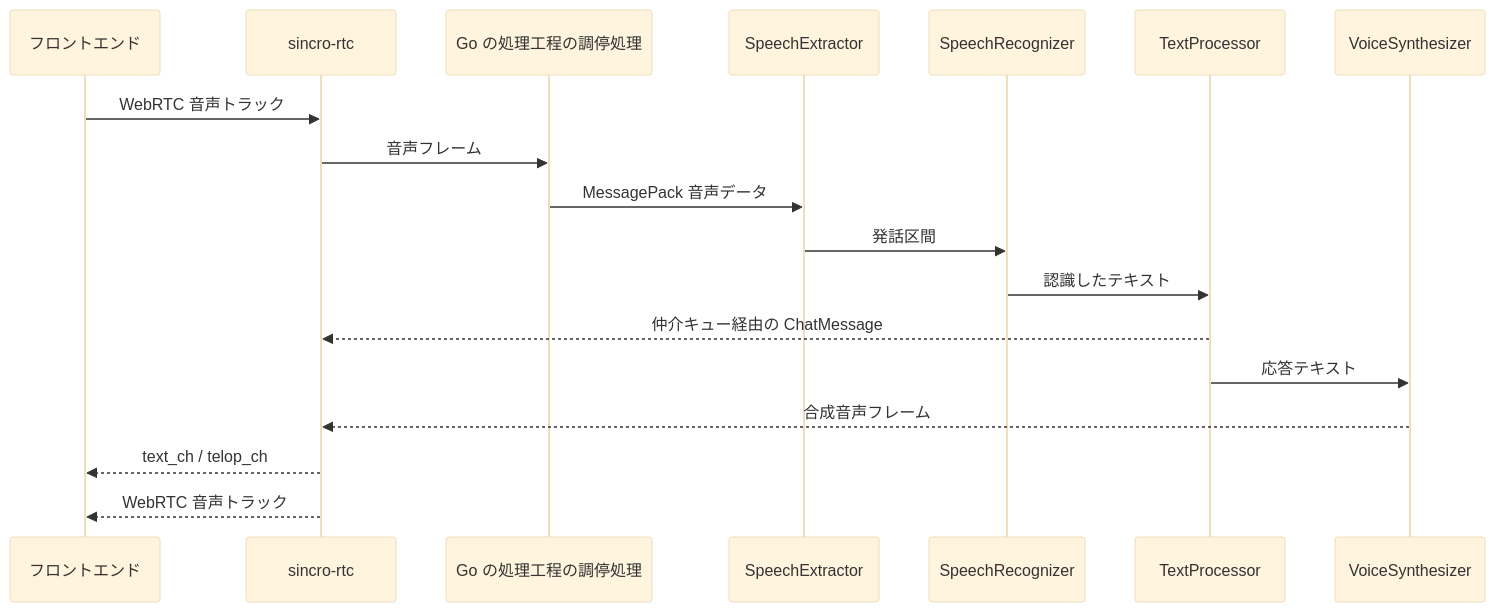
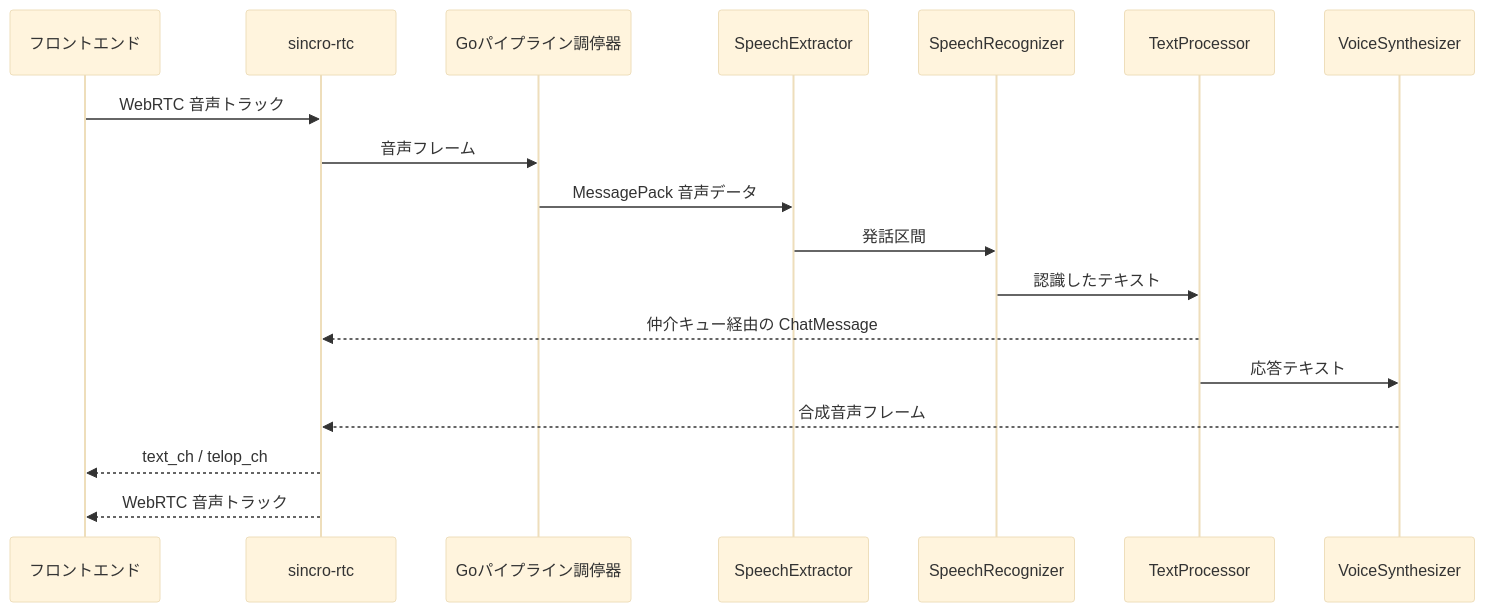
One commit to Sincromisor/Sincromisor changed the diagram in documents/design/architecture/runtime-flow.md. Above: the diagram before and after it, drawn with Mermaid (base theme). The commit also changed other lines of this file and 4 other files, not shown here.

````diff
--- a/documents/design/architecture/runtime-flow.md
+++ b/documents/design/architecture/runtime-flow.md
@@ -30,21 +30,21 @@
 ```mermaid
 sequenceDiagram
     participant F as フロントエンド
     participant R as sincro-rtc
-    participant B as Go の処理工程の調停処理
+    participant B as Goパイプライン調停器
     participant E as SpeechExtractor
     participant A as SpeechRecognizer
     participant T as TextProcessor
     participant V as VoiceSynthesizer
 
     F->>R: WebRTC 音声トラック
     R->>B: 音声フレーム
     B->>E: MessagePack 音声データ
     E->>A: 発話区間
     A->>T: 認識したテキスト
     T-->>R: 仲介キュー経由の ChatMessage
     T->>V: 応答テキスト
     V-->>R: 合成音声フレーム
     R-->>F: text_ch / telop_ch
     R-->>F: WebRTC 音声トラック
 ```
````
